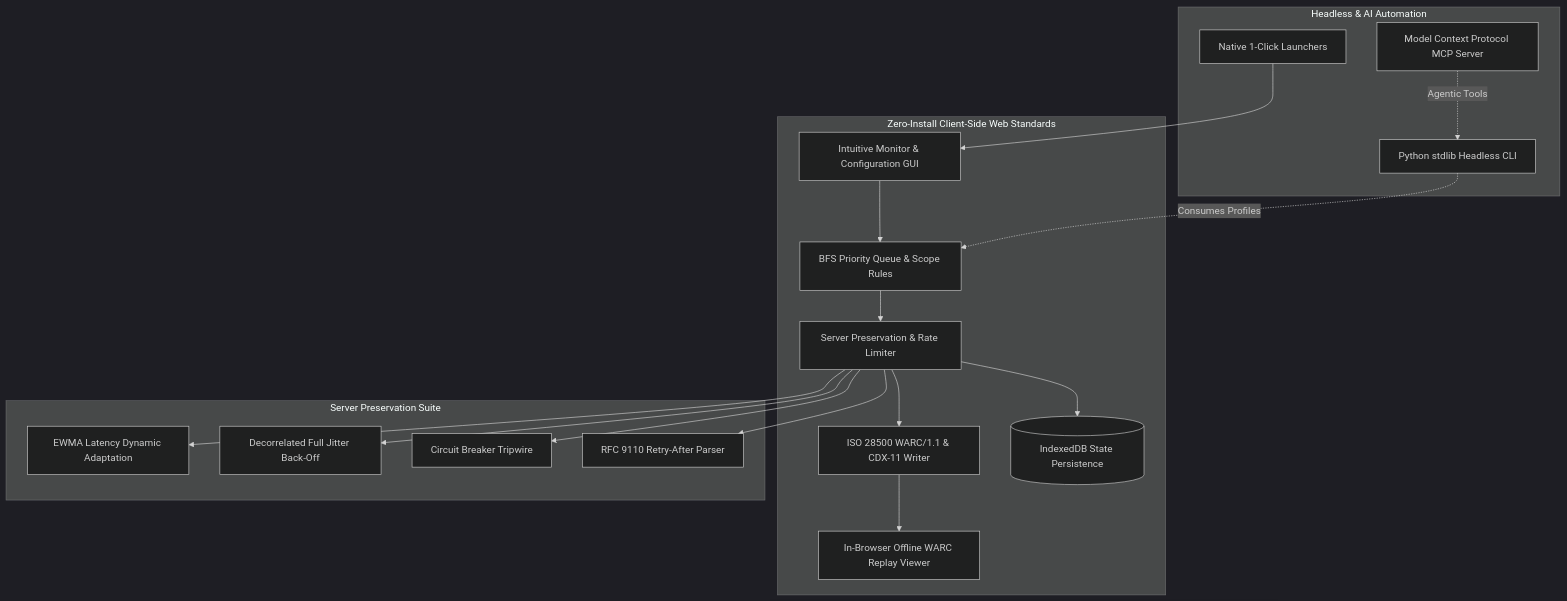
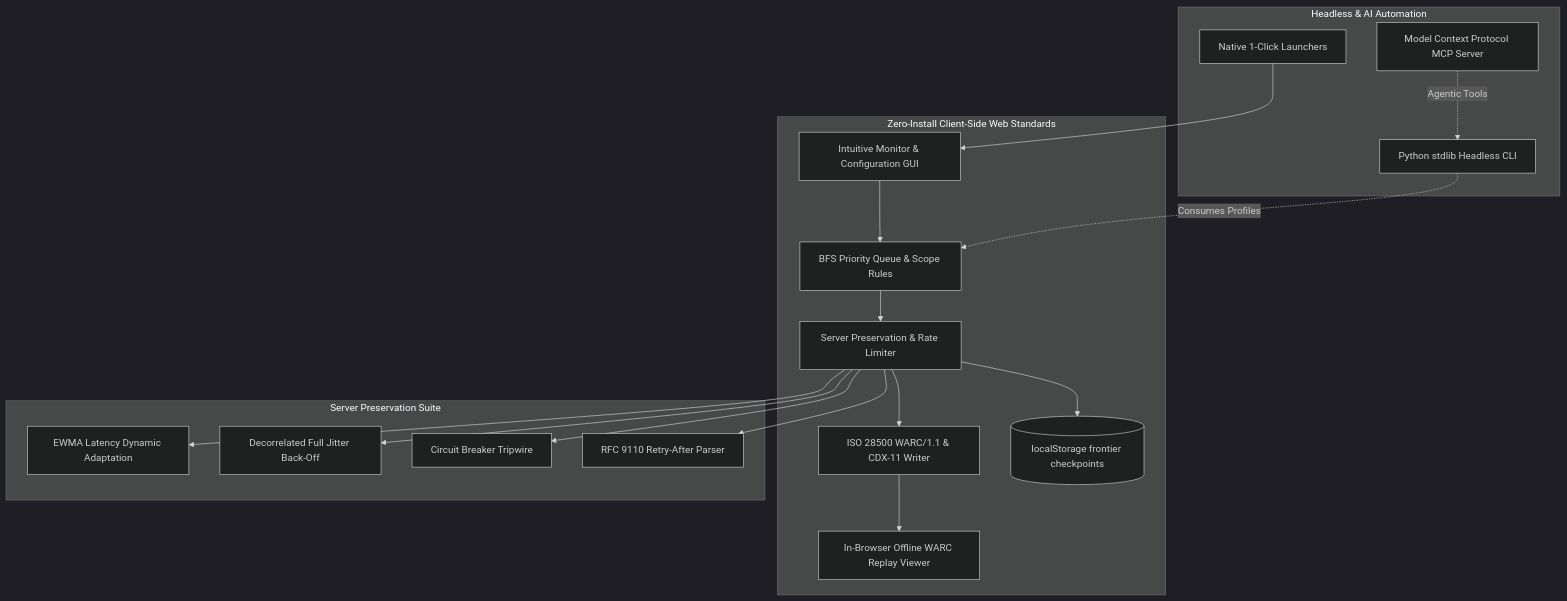
Before and after one commit to edithatogo/aegisarchive: the diagram in README.md, drawn with Mermaid (dark theme). The commit also changed other lines of this file and 3 other files, not shown here.

````diff
--- a/README.md
+++ b/README.md
@@ -109,37 +111,37 @@
 ```mermaid
 graph TD
     subgraph Browser Engine [Zero-Install Client-Side Web Standards]
         UI[Intuitive Monitor & Configuration GUI]
         REPLAY[In-Browser Offline WARC Replay Viewer]
         QUEUE[BFS Priority Queue & Scope Rules]
         POLITE[Server Preservation & Rate Limiter]
         WARC[ISO 28500 WARC/1.1 & CDX-11 Writer]
-        IDB[(IndexedDB State Persistence)]
+        IDB[(localStorage frontier checkpoints)]
     end
 
     subgraph Server Preservation Suite
         EWMA[EWMA Latency Dynamic Adaptation]
         BACKOFF[Decorrelated Full Jitter Back-Off]
         CIRCUIT[Circuit Breaker Tripwire]
         RETRY[RFC 9110 Retry-After Parser]
     end
 
     subgraph Headless & AI Automation
         CLI[Python stdlib Headless CLI]
         MCP[Model Context Protocol MCP Server]
         LAUNCH[Native 1-Click Launchers]
     end
 
     UI --> QUEUE
     QUEUE --> POLITE
     POLITE --> EWMA
     POLITE --> BACKOFF
     POLITE --> CIRCUIT
     POLITE --> RETRY
     POLITE --> WARC
     POLITE --> IDB
     WARC --> REPLAY
     CLI -.->|Consumes Profiles| QUEUE
     MCP -.->|Agentic Tools| CLI
     LAUNCH --> UI
 ```
````
